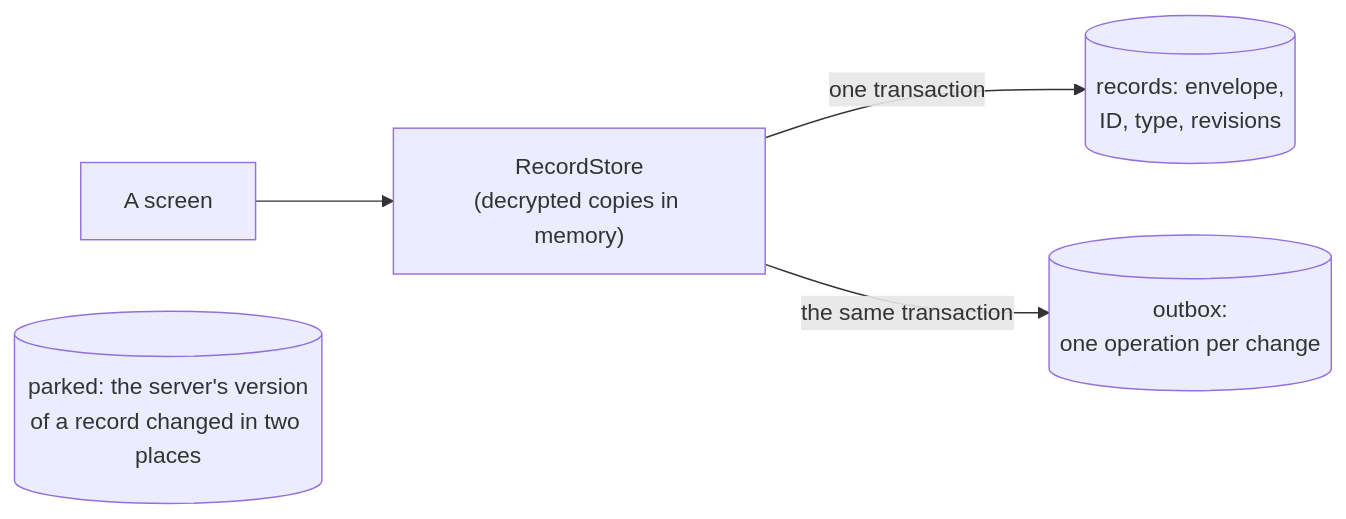
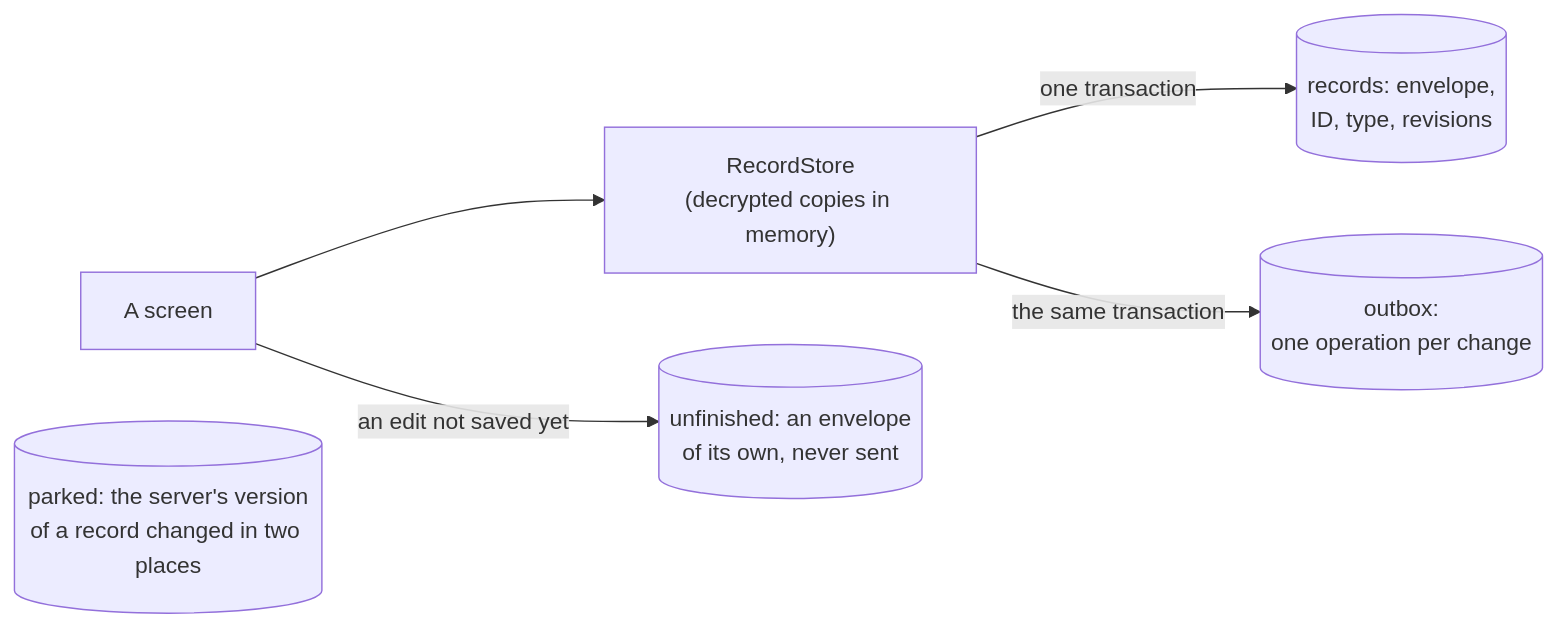
One commit to Geoffe-Ga/warmly changed the third of 6 diagrams in docs/architecture/overview.md. Above: the diagram before and after it, drawn with Mermaid. The commit also changed other lines of this file and 20 other files, not shown here.

````diff
--- a/docs/architecture/overview.md
+++ b/docs/architecture/overview.md
@@ -91,7 +91,8 @@
 ```mermaid
 flowchart LR
   screen["A screen"] --> store["RecordStore<br/>(decrypted copies in memory)"]
   store -- "one transaction" --> rows[("records: envelope,<br/>ID, type, revisions")]
   store -- "the same transaction" --> outbox[("outbox:<br/>one operation per change")]
   parked[("parked: the server's version<br/>of a record changed in two places")]
+  screen -- "an edit not saved yet" --> unfinished[("unfinished: an envelope<br/>of its own, never sent")]
 ```
````
